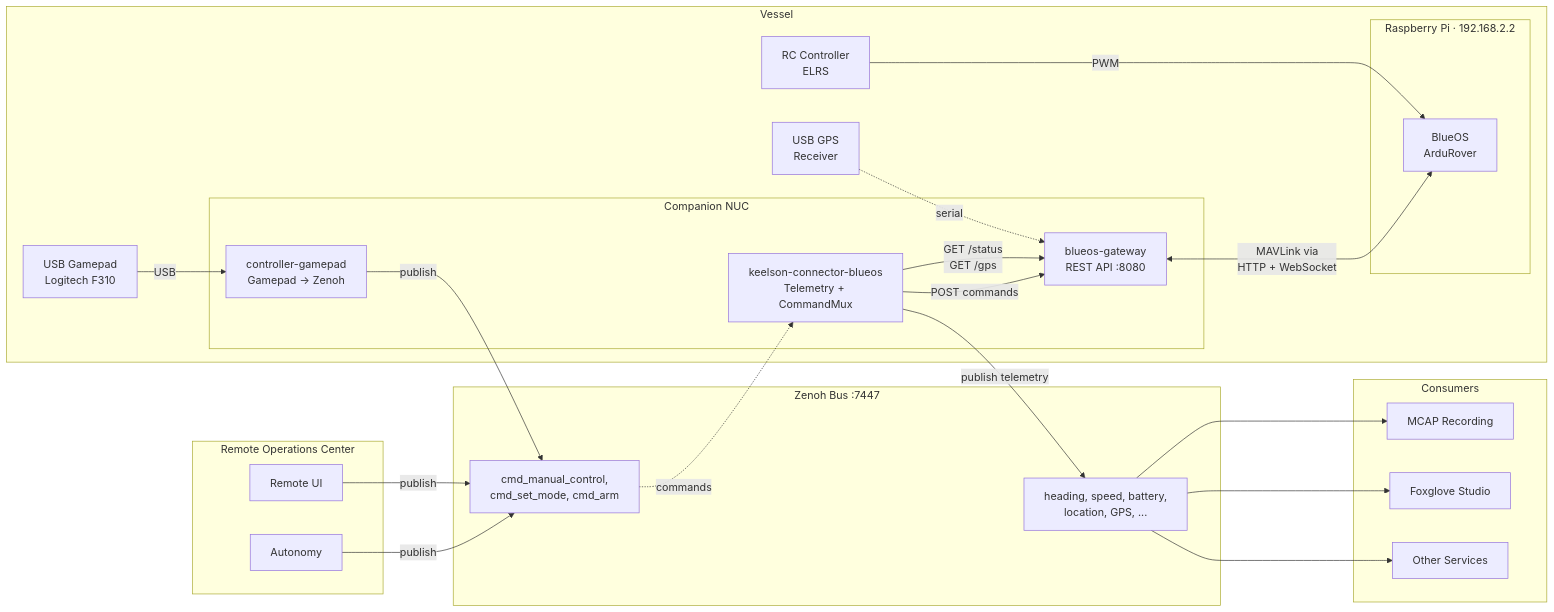
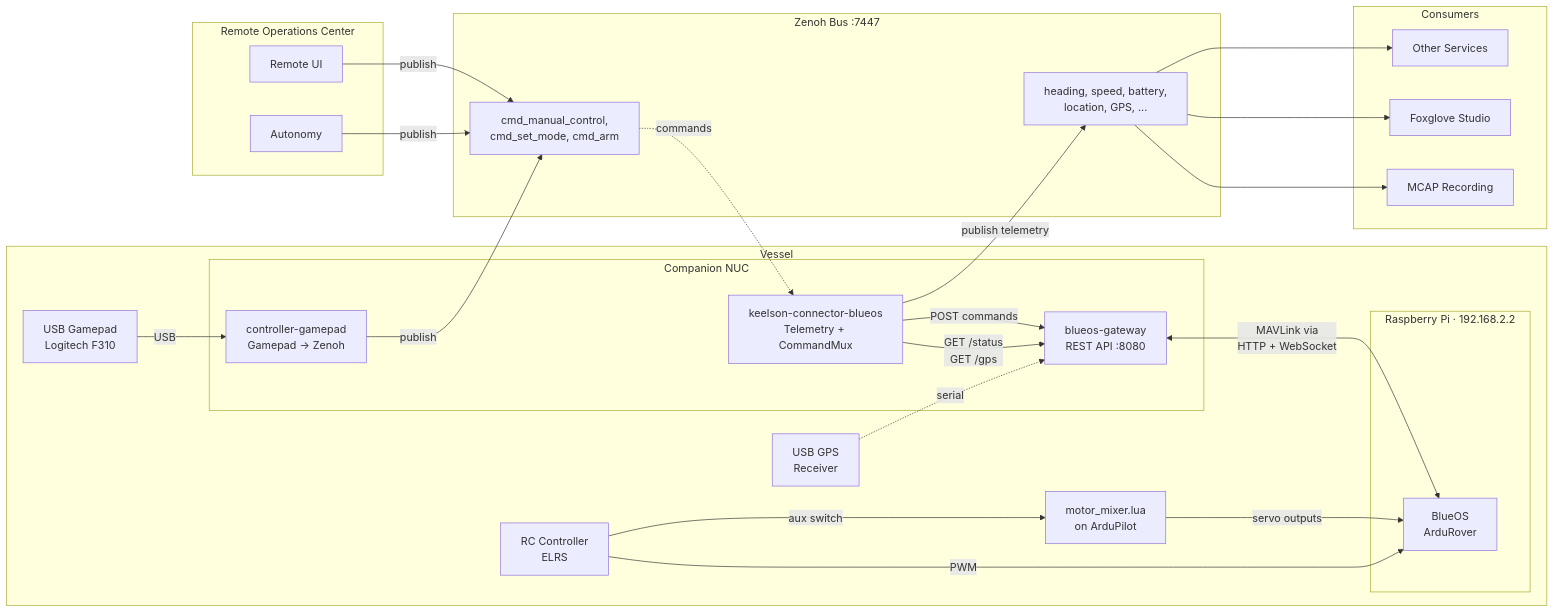
Before and after one commit to RISEMaxF/ssrsblue: the first of 2 diagrams in README.md, drawn with Mermaid. The commit also changed other lines of this file and 2 other files, not shown here.

Commit message:
Document motor mixer, motor-mode endpoint, and RC coexistence

````diff
--- a/README.md
+++ b/README.md
@@ -7,50 +7,54 @@
 ```mermaid
 graph LR
     subgraph Vessel
         RC[RC Controller<br/>ELRS]
         GPS[USB GPS<br/>Receiver]
         Gamepad[USB Gamepad<br/>Logitech F310]
 
         subgraph RPi [Raspberry Pi · 192.168.2.2]
             BlueOS[BlueOS<br/>ArduRover]
         end
 
         subgraph NUC [Companion NUC]
             Conn[blueos-gateway<br/>REST API :8080]
             KC[keelson-connector-blueos<br/>Telemetry + CommandMux]
             GC[controller-gamepad<br/>Gamepad → Zenoh]
         end
 
+        LUA[motor_mixer.lua<br/>on ArduPilot]
+
         RC --->|PWM| BlueOS
+        RC --->|aux switch| LUA
         GPS -.->|serial| Conn
         Gamepad -->|USB| GC
     end
 
     subgraph Zenoh [Zenoh Bus :7447]
         Telemetry[heading, speed, battery,<br/>location, GPS, ...]
         Commands[cmd_manual_control,<br/>cmd_set_mode, cmd_arm]
     end
 
     subgraph ROC [Remote Operations Center]
         RemoteUI[Remote UI]
         Autonomy[Autonomy]
     end
 
     subgraph Consumers
         MCAP[MCAP Recording]
         Fox[Foxglove Studio]
         Svc[Other Services]
     end
 
     Conn <-->|MAVLink via<br/>HTTP + WebSocket| BlueOS
+    LUA -->|servo outputs| BlueOS
     KC -->|GET /status<br/>GET /gps| Conn
     KC -->|POST commands| Conn
     KC -->|publish telemetry| Telemetry
     Commands -.->|commands| KC
     GC -->|publish| Commands
     RemoteUI -->|publish| Commands
     Autonomy -->|publish| Commands
     Telemetry --> MCAP
     Telemetry --> Fox
     Telemetry --> Svc
 ```
````
